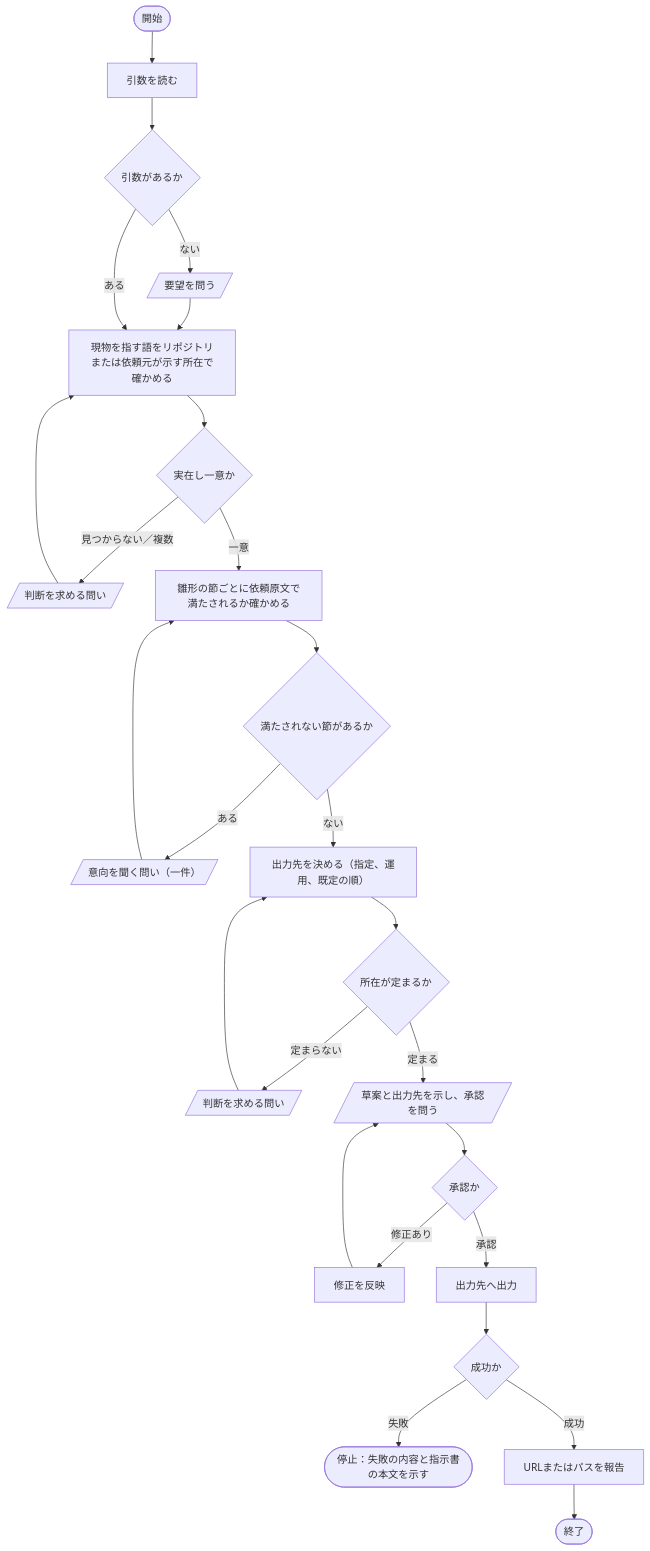
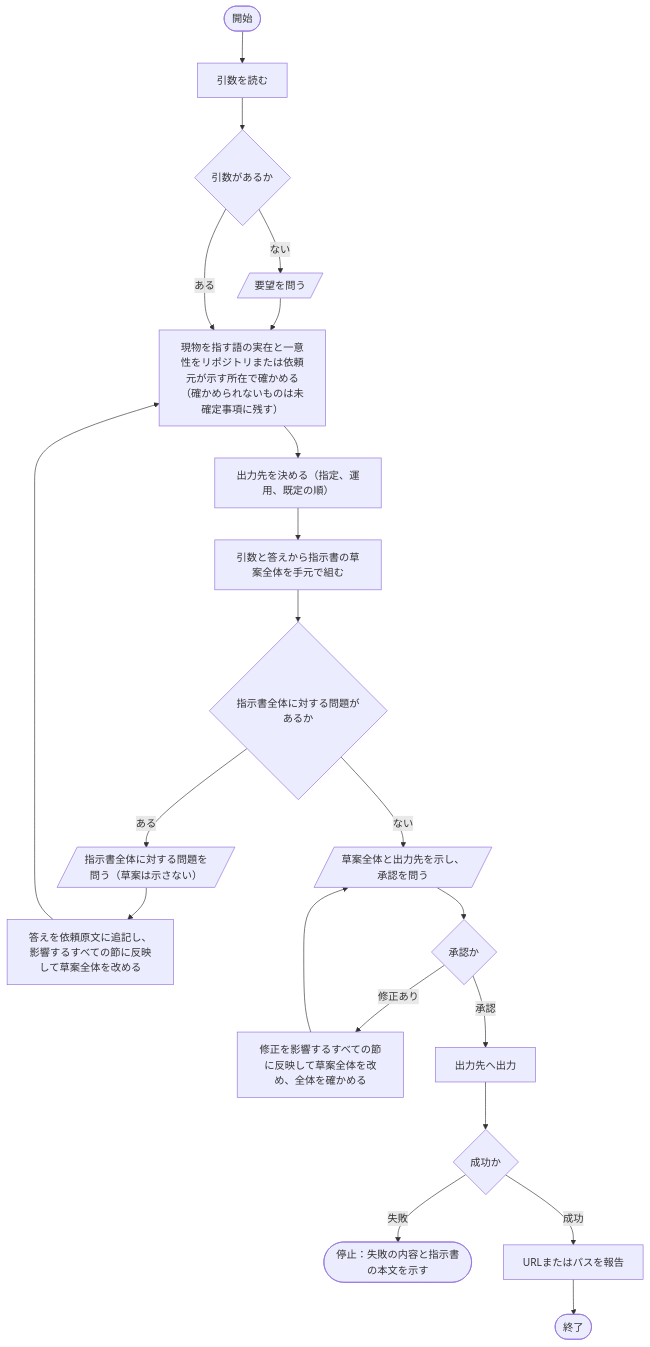
One commit to bizhermit/hermit-works changed the diagram in docs/design/skills/request.md. Above: the diagram before and after it, drawn with Mermaid. The commit also changed other lines of this file and 6 other files, not shown here.

````diff
--- a/docs/design/skills/request.md
+++ b/docs/design/skills/request.md
@@ -12,28 +16,23 @@
 ```mermaid
 flowchart TD
     S([開始]) --> A1["引数を読む"]
     A1 --> A2{"引数があるか"}
     A2 -- ない --> A3[/"要望を問う"/]
     A3 --> B1
-    A2 -- ある --> B1["現物を指す語をリポジトリまたは依頼元が示す所在で確かめる"]
-    B1 --> B2{"実在し一意か"}
-    B2 -- 見つからない／複数 --> B3[/"判断を求める問い"/]
-    B3 --> B1
-    B2 -- 一意 --> C1["雛形の節ごとに依頼原文で満たされるか確かめる"]
-    C1 --> C2{"満たされない節があるか"}
-    C2 -- ある --> C3[/"意向を聞く問い（一件）"/]
-    C3 --> C1
-    C2 -- ない --> D1["出力先を決める（指定、運用、既定の順）"]
-    D1 --> D2{"所在が定まるか"}
-    D2 -- 定まらない --> D3[/"判断を求める問い"/]
-    D3 --> D1
-    D2 -- 定まる --> E1[/"草案と出力先を示し、承認を問う"/]
+    A2 -- ある --> B1["現物を指す語の実在と一意性をリポジトリまたは依頼元が示す所在で確かめる（確かめられないものは未確定事項に残す）"]
+    B1 --> C1["出力先を決める（指定、運用、既定の順）"]
+    C1 --> D1["引数と答えから指示書の草案全体を手元で組む"]
+    D1 --> D2{"指示書全体に対する問題があるか"}
+    D2 -- ある --> D3[/"指示書全体に対する問題を問う（草案は示さない）"/]
+    D3 --> D4["答えを依頼原文に追記し、影響するすべての節に反映して草案全体を改める"]
+    D4 --> B1
+    D2 -- ない --> E1[/"草案全体と出力先を示し、承認を問う"/]
     E1 --> E2{"承認か"}
-    E2 -- 修正あり --> E3["修正を反映"]
+    E2 -- 修正あり --> E3["修正を影響するすべての節に反映して草案全体を改め、全体を確かめる"]
     E3 --> E1
     E2 -- 承認 --> F1["出力先へ出力"]
     F1 --> F2{"成功か"}
     F2 -- 失敗 --> X1(["停止：失敗の内容と指示書の本文を示す"])
     F2 -- 成功 --> F3["URLまたはパスを報告"]
     F3 --> T([終了])
 ```
````
